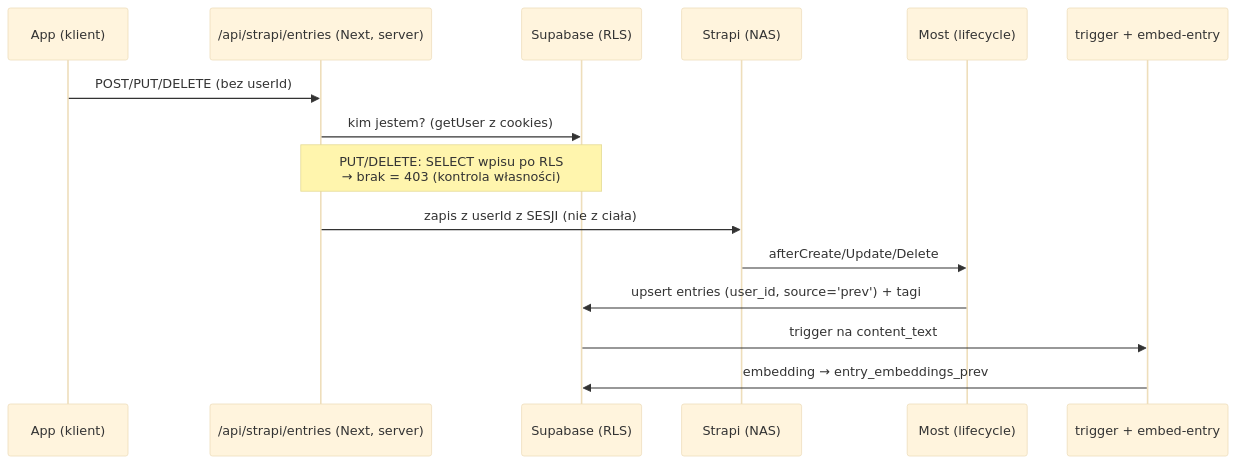
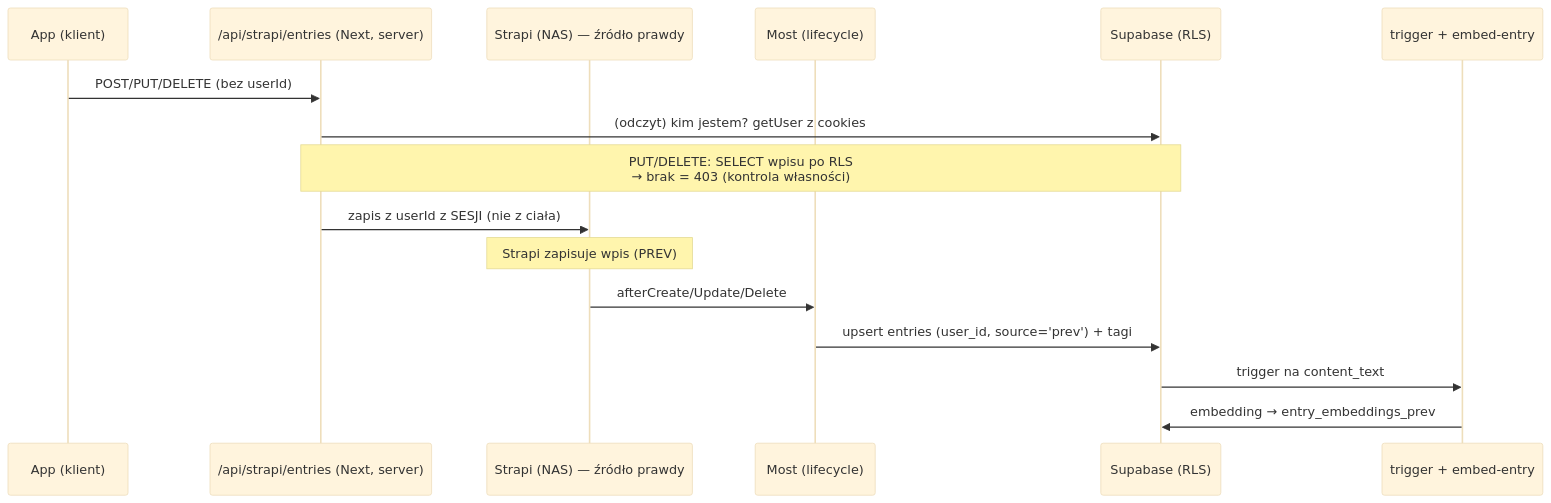
The second of 2 diagrams in architektura-eksperyment.md (koenigshaus-jpg/Dziennik), drawn with Mermaid (base theme) before and after one commit. The commit also changed other lines of this file, not shown here.

First line of the commit message:
docs(eksperyment): korekty (multi-user był, Stripe obie strony testowe, diagram Strapi→Supabase) + reszta architektury

````diff
--- a/architektura-eksperyment.md
+++ b/architektura-eksperyment.md
@@ -85,18 +89,19 @@
 ```mermaid
 sequenceDiagram
     participant UI as App (klient)
     participant R as /api/strapi/entries (Next, server)
+    participant ST as Strapi (NAS) — źródło prawdy
+    participant BR as Most (lifecycle)
     participant SUP as Supabase (RLS)
-    participant ST as Strapi (NAS)
-    participant BR as Most (lifecycle)
     participant TR as trigger + embed-entry
 
     UI->>R: POST/PUT/DELETE (bez userId)
-    R->>SUP: kim jestem? (getUser z cookies)
+    R->>SUP: (odczyt) kim jestem? getUser z cookies
     Note over R,SUP: PUT/DELETE: SELECT wpisu po RLS<br/>→ brak = 403 (kontrola własności)
     R->>ST: zapis z userId z SESJI (nie z ciała)
+    Note over ST: Strapi zapisuje wpis (PREV)
     ST->>BR: afterCreate/Update/Delete
     BR->>SUP: upsert entries (user_id, source='prev') + tagi
     SUP->>TR: trigger na content_text
     TR->>SUP: embedding → entry_embeddings_prev
 ```
````
